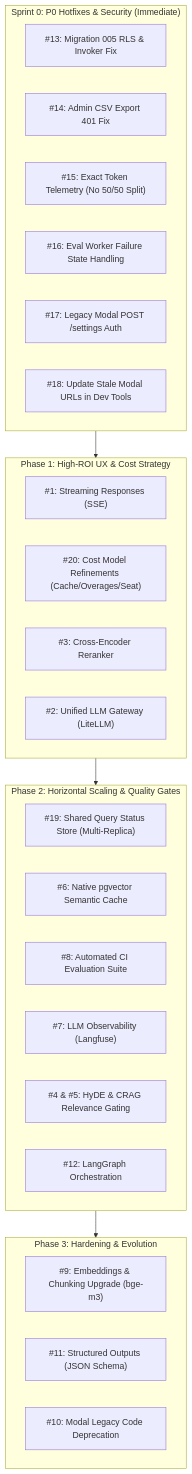
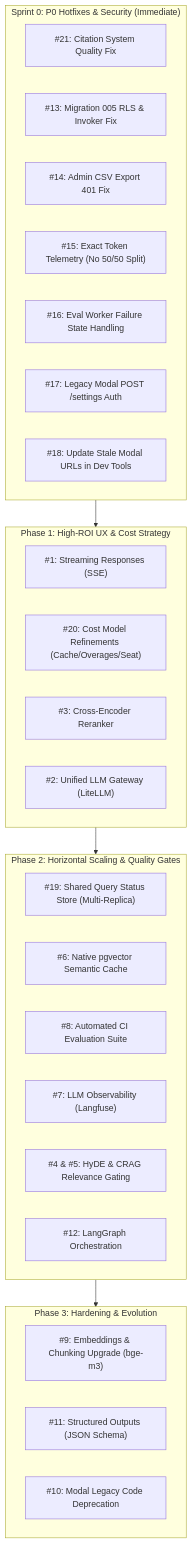
Before and after one commit to BongweKE/acAIcia: the diagram in BACKLOG.md, drawn with Mermaid. The commit also changed other lines of this file and 4 other files, not shown here.

````diff
--- a/BACKLOG.md
+++ b/BACKLOG.md
@@ -24,35 +24,36 @@
 ```mermaid
 flowchart TD
     subgraph P0["Sprint 0: P0 Hotfixes & Security (Immediate)"]
+        P0_0["#21: Citation System Quality Fix"]
         P0_1["#13: Migration 005 RLS & Invoker Fix"]
         P0_2["#14: Admin CSV Export 401 Fix"]
         P0_3["#15: Exact Token Telemetry (No 50/50 Split)"]
         P0_4["#16: Eval Worker Failure State Handling"]
         P0_5["#17: Legacy Modal POST /settings Auth"]
         P0_6["#18: Update Stale Modal URLs in Dev Tools"]
     end
 
     subgraph P1["Phase 1: High-ROI UX & Cost Strategy"]
         P1_1["#1: Streaming Responses (SSE)"]
         P1_2["#20: Cost Model Refinements (Cache/Overages/Seat)"]
         P1_3["#3: Cross-Encoder Reranker"]
         P1_4["#2: Unified LLM Gateway (LiteLLM)"]
     end
 
     subgraph P2["Phase 2: Horizontal Scaling & Quality Gates"]
         P2_1["#19: Shared Query Status Store (Multi-Replica)"]
         P2_2["#6: Native pgvector Semantic Cache"]
         P2_3["#8: Automated CI Evaluation Suite"]
         P2_4["#7: LLM Observability (Langfuse)"]
         P2_5["#4 & #5: HyDE & CRAG Relevance Gating"]
         P2_6["#12: LangGraph Orchestration"]
     end
 
     subgraph P3["Phase 3: Hardening & Evolution"]
         P3_1["#9: Embeddings & Chunking Upgrade (bge-m3)"]
         P3_2["#11: Structured Outputs (JSON Schema)"]
         P3_3["#10: Modal Legacy Code Deprecation"]
     end
 
     P0 --> P1 --> P2 --> P3
 ```
````
